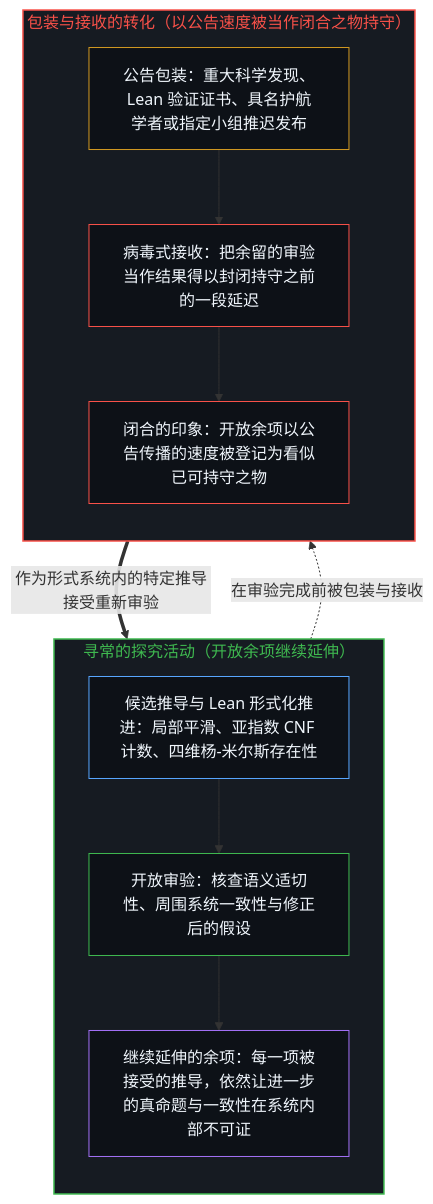
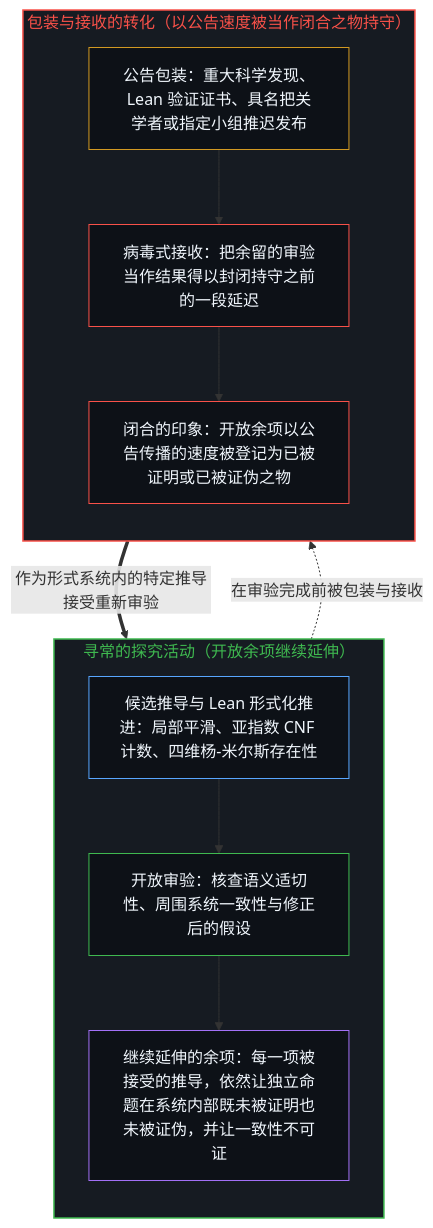
One commit to powerpig99/not-a-toe changed the first of 4 diagrams in content/posts/incompleteness-exhibited-twice.md. Above: the diagram before and after it, drawn with Mermaid. The commit also changed other lines of this file and 4 other files, not shown here.

````diff
--- a/content/posts/incompleteness-exhibited-twice.md
+++ b/content/posts/incompleteness-exhibited-twice.md
@@ -27,27 +35,27 @@
 ```mermaid
 flowchart TD
     subgraph S_Open["寻常的探究活动（开放余项继续延伸）"]
         direction TB
         Cand["候选推导与 Lean 形式化推进：局部平滑、亚指数 CNF 计数、四维杨-米尔斯存在性"]
         Exam["开放审验：核查语义适切性、周围系统一致性与修正后的假设"]
-        Cont["继续延伸的余项：每一项被接受的推导，依然让进一步的真命题与一致性在系统内部不可证"]
+        Cont["继续延伸的余项：每一项被接受的推导，依然让独立命题在系统内部既未被证明也未被证伪，并让一致性不可证"]
         Cand --> Exam --> Cont
     end
     subgraph S_Conv["包装与接收的转化（以公告速度被当作闭合之物持守）"]
         direction TB
-        Pack["公告包装：重大科学发现、Lean 验证证书、具名护航学者或指定小组推迟发布"]
+        Pack["公告包装：重大科学发现、Lean 验证证书、具名把关学者或指定小组推迟发布"]
         Delay["病毒式接收：把余留的审验当作结果得以封闭持守之前的一段延迟"]
-        Hold["闭合的印象：开放余项以公告传播的速度被登记为看似已可持守之物"]
+        Hold["闭合的印象：开放余项以公告传播的速度被登记为已被证明或已被证伪之物"]
         Pack --> Delay --> Hold
     end
     Cand -.->|"在审验完成前被包装与接收"| Pack
     Hold ==>|"作为形式系统内的特定推导接受重新审验"| Exam
     style S_Open fill:#161b22,stroke:#3fb950,stroke-width:1.5px,color:#3fb950
     style S_Conv fill:#161b22,stroke:#f85149,stroke-width:1.5px,color:#f85149
     style Cand fill:#0d1117,stroke:#58a6ff,stroke-width:1px,color:#f0f6fc
     style Exam fill:#0d1117,stroke:#3fb950,stroke-width:1px,color:#f0f6fc
     style Cont fill:#0d1117,stroke:#a371f7,stroke-width:1px,color:#f0f6fc
     style Pack fill:#0d1117,stroke:#d29922,stroke-width:1px,color:#f0f6fc
     style Delay fill:#0d1117,stroke:#f85149,stroke-width:1px,color:#f0f6fc
     style Hold fill:#0d1117,stroke:#f85149,stroke-width:1px,color:#f0f6fc
 ```
````
